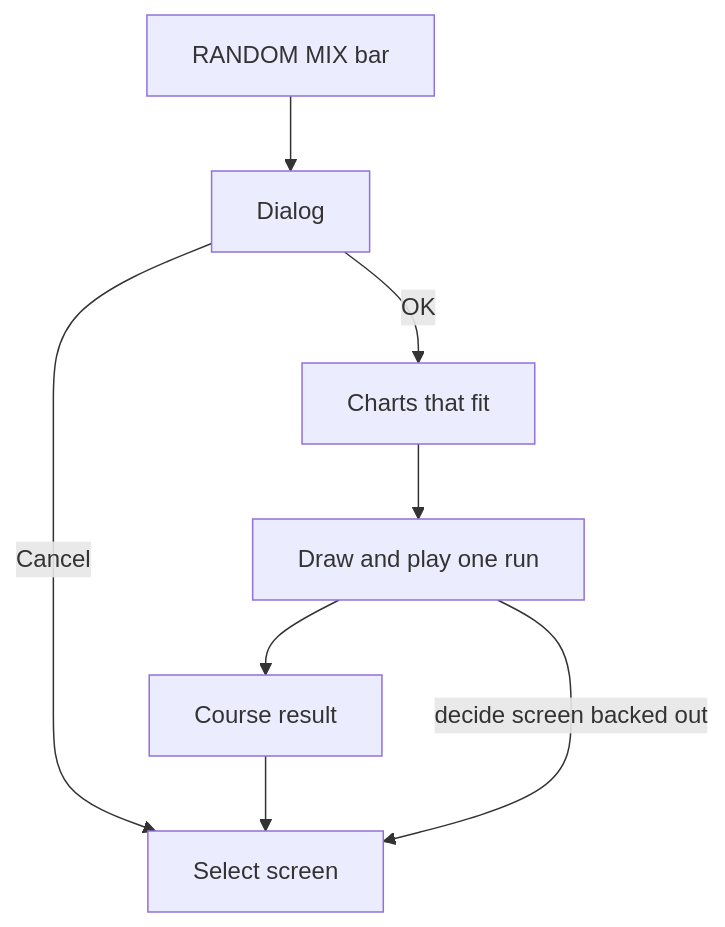
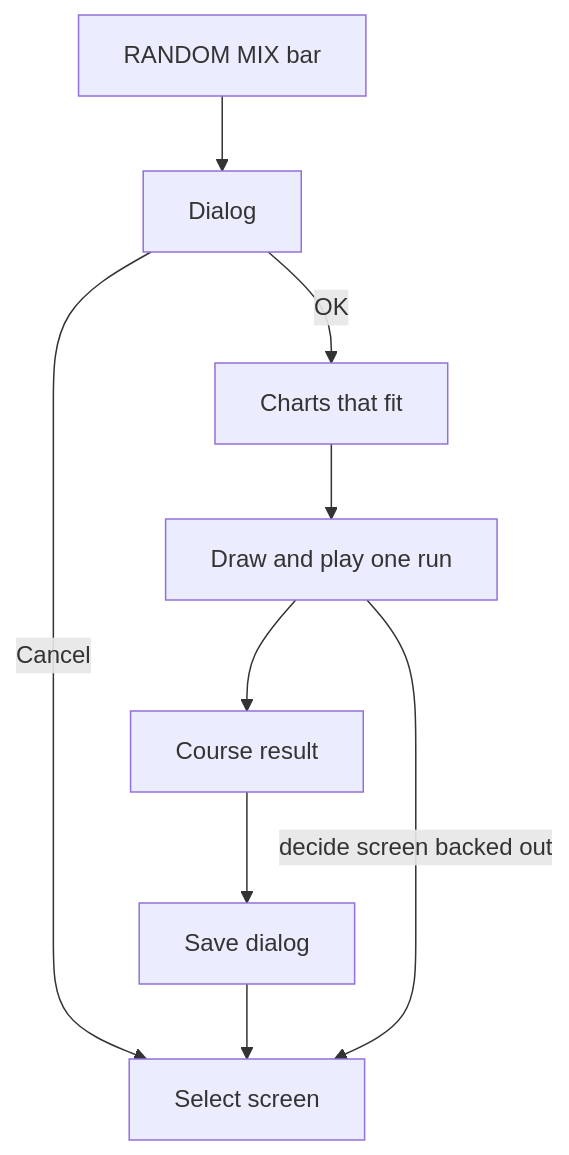
Before and after one commit to nulltask/be-music: the eighth of 12 diagrams in docs/course.md, drawn with Mermaid. The commit also changed other lines of this file and 32 other files, not shown here.

````diff
--- a/docs/course.md
+++ b/docs/course.md
@@ -292,10 +292,11 @@
 ```mermaid
 flowchart TD
     bar[RANDOM MIX bar] --> dialog[Dialog]
     dialog -->|Cancel| select[Select screen]
     dialog -->|OK| pool[Charts that fit]
     pool --> run[Draw and play one run]
     run --> result[Course result]
-    result --> select
+    result --> save[Save dialog]
+    save --> select
     run -->|decide screen backed out| select
 ```
````
